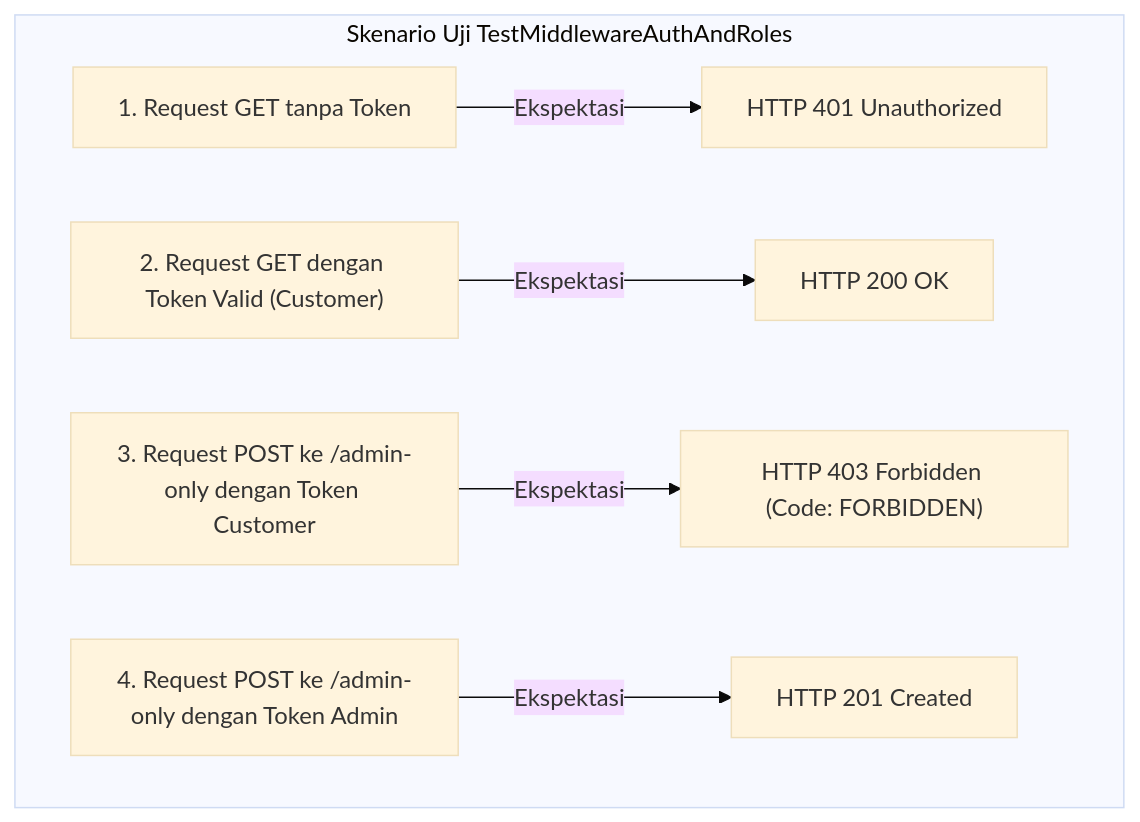
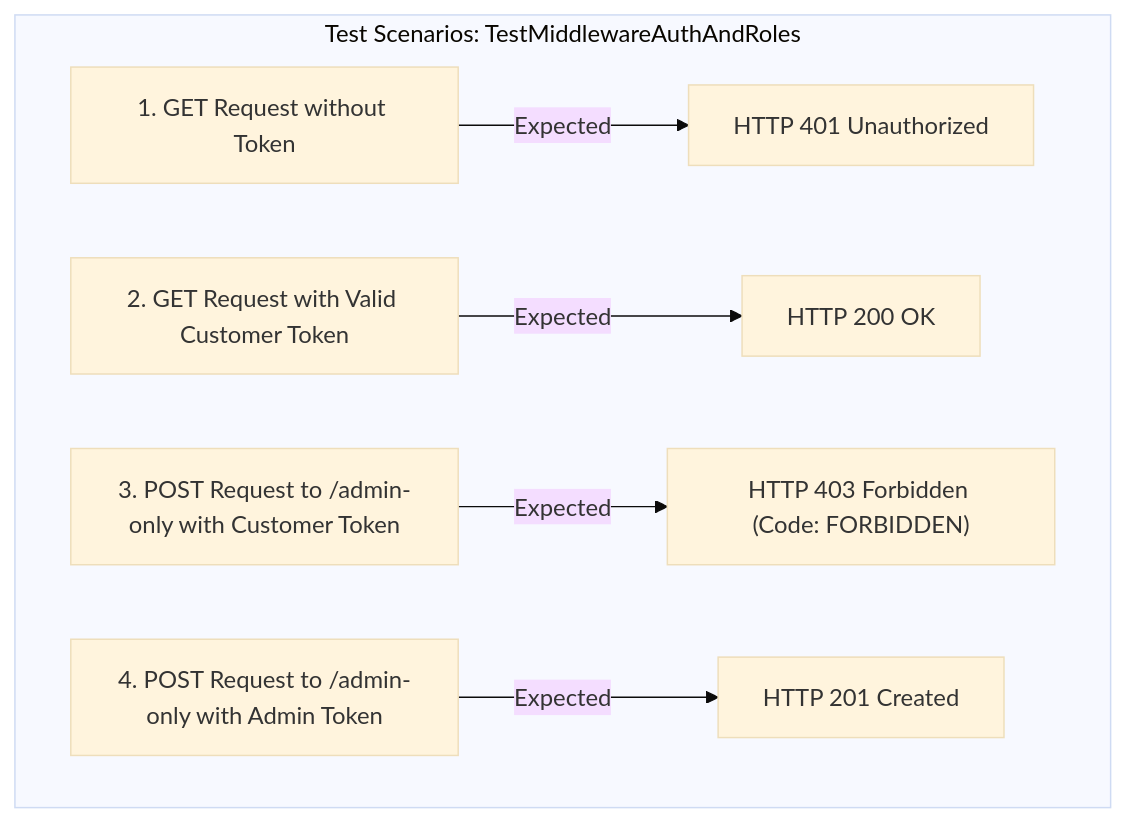
One commit to yesterdaygrace/CinemaSystem changed the first of 2 diagrams in docs/modules/middleware.md. Above: the diagram before and after it, drawn with Mermaid (base theme). The commit also changed other lines of this file and 84 other files, not shown here.

Commit message:
docs & feat: consolidate MKP assessment deliverables, update root README and schema

````diff
--- a/docs/modules/middleware.md
+++ b/docs/modules/middleware.md
@@ -72,9 +72,9 @@
 ```mermaid
 flowchart TD
-    subgraph TestSuite ["Skenario Uji TestMiddlewareAuthAndRoles"]
-        T1["1. Request GET tanpa Token"] -->|Ekspektasi| R1["HTTP 401 Unauthorized"]
-        T2["2. Request GET dengan Token Valid (Customer)"] -->|Ekspektasi| R2["HTTP 200 OK"]
-        T3["3. Request POST ke /admin-only dengan Token Customer"] -->|Ekspektasi| R3["HTTP 403 Forbidden (Code: FORBIDDEN)"]
-        T4["4. Request POST ke /admin-only dengan Token Admin"] -->|Ekspektasi| R4["HTTP 201 Created"]
+    subgraph TestSuite ["Test Scenarios: TestMiddlewareAuthAndRoles"]
+        T1["1. GET Request without Token"] -->|Expected| R1["HTTP 401 Unauthorized"]
+        T2["2. GET Request with Valid Customer Token"] -->|Expected| R2["HTTP 200 OK"]
+        T3["3. POST Request to /admin-only with Customer Token"] -->|Expected| R3["HTTP 403 Forbidden (Code: FORBIDDEN)"]
+        T4["4. POST Request to /admin-only with Admin Token"] -->|Expected| R4["HTTP 201 Created"]
     end
 ```
````
